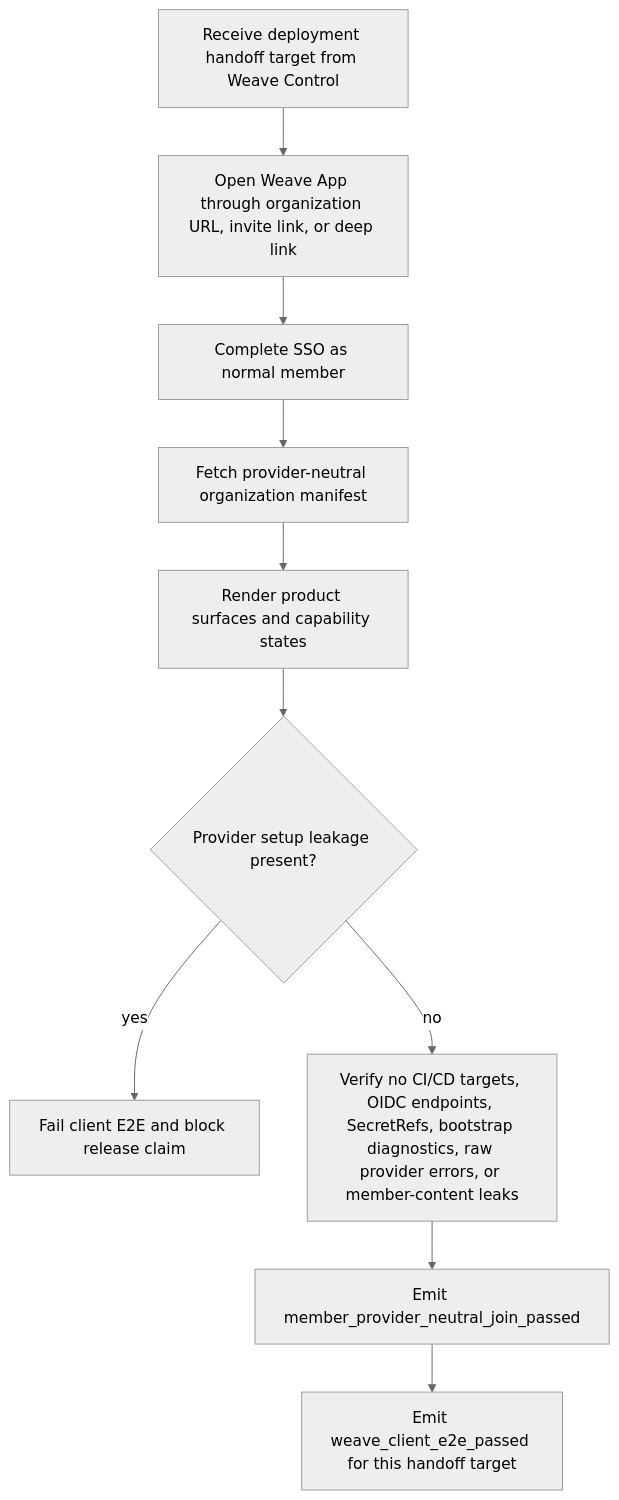
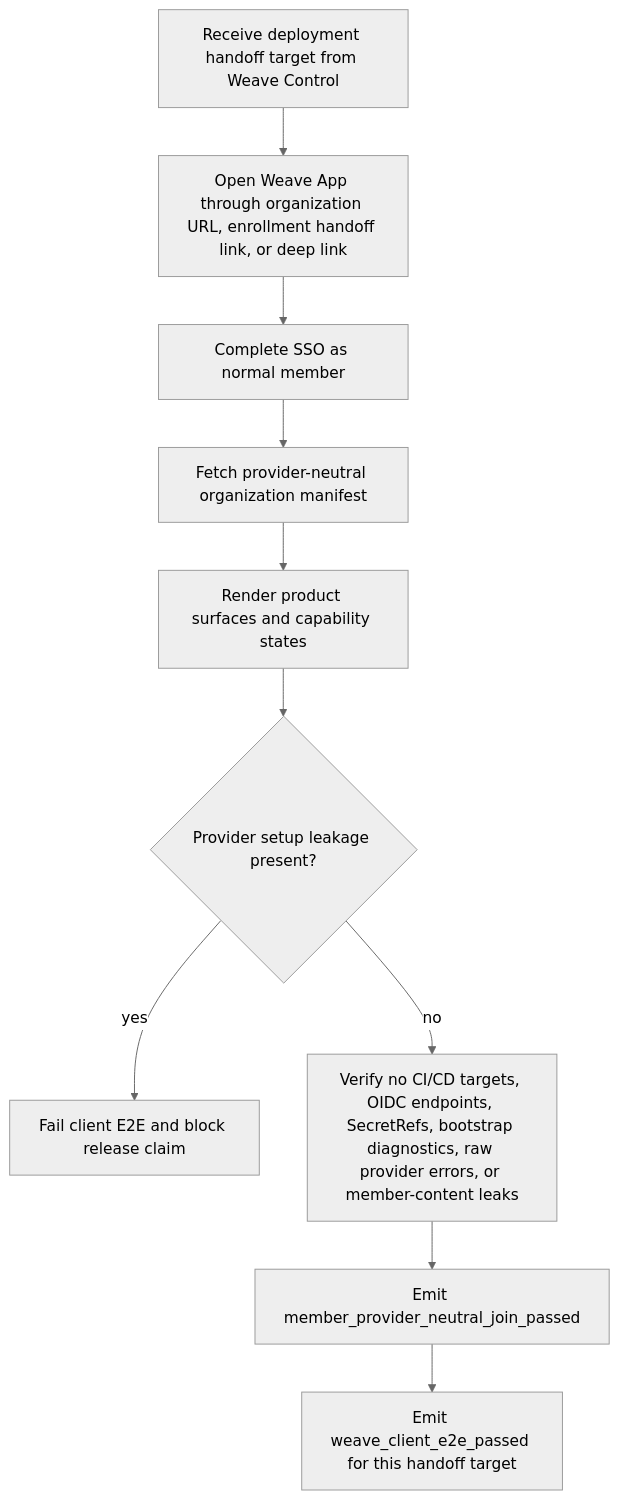
The second of 2 diagrams in docs/weave-control-bootstrap-to-client-contract.md (masssi164/weave), drawn with Mermaid (neutral theme) before and after one commit. The commit also changed other lines of this file and 11 other files, not shown here.

Commit message:
docs: anchor dev dogfood main promotion flow

````diff
--- a/docs/weave-control-bootstrap-to-client-contract.md
+++ b/docs/weave-control-bootstrap-to-client-contract.md
@@ -54,12 +54,12 @@
 ```mermaid
 flowchart TD
-  A[Receive deployment handoff target from Weave Control] --> B[Open Weave App through organization URL, invite link, or deep link]
+  A[Receive deployment handoff target from Weave Control] --> B[Open Weave App through organization URL, enrollment handoff link, or deep link]
   B --> C[Complete SSO as normal member]
   C --> D[Fetch provider-neutral organization manifest]
   D --> E[Render product surfaces and capability states]
   E --> F{Provider setup leakage present?}
   F -->|yes| X[Fail client E2E and block release claim]
   F -->|no| G[Verify no CI/CD targets, OIDC endpoints, SecretRefs, bootstrap diagnostics, raw provider errors, or member-content leaks]
   G --> H[Emit member_provider_neutral_join_passed]
   H --> I[Emit weave_client_e2e_passed for this handoff target]
 ```
````
